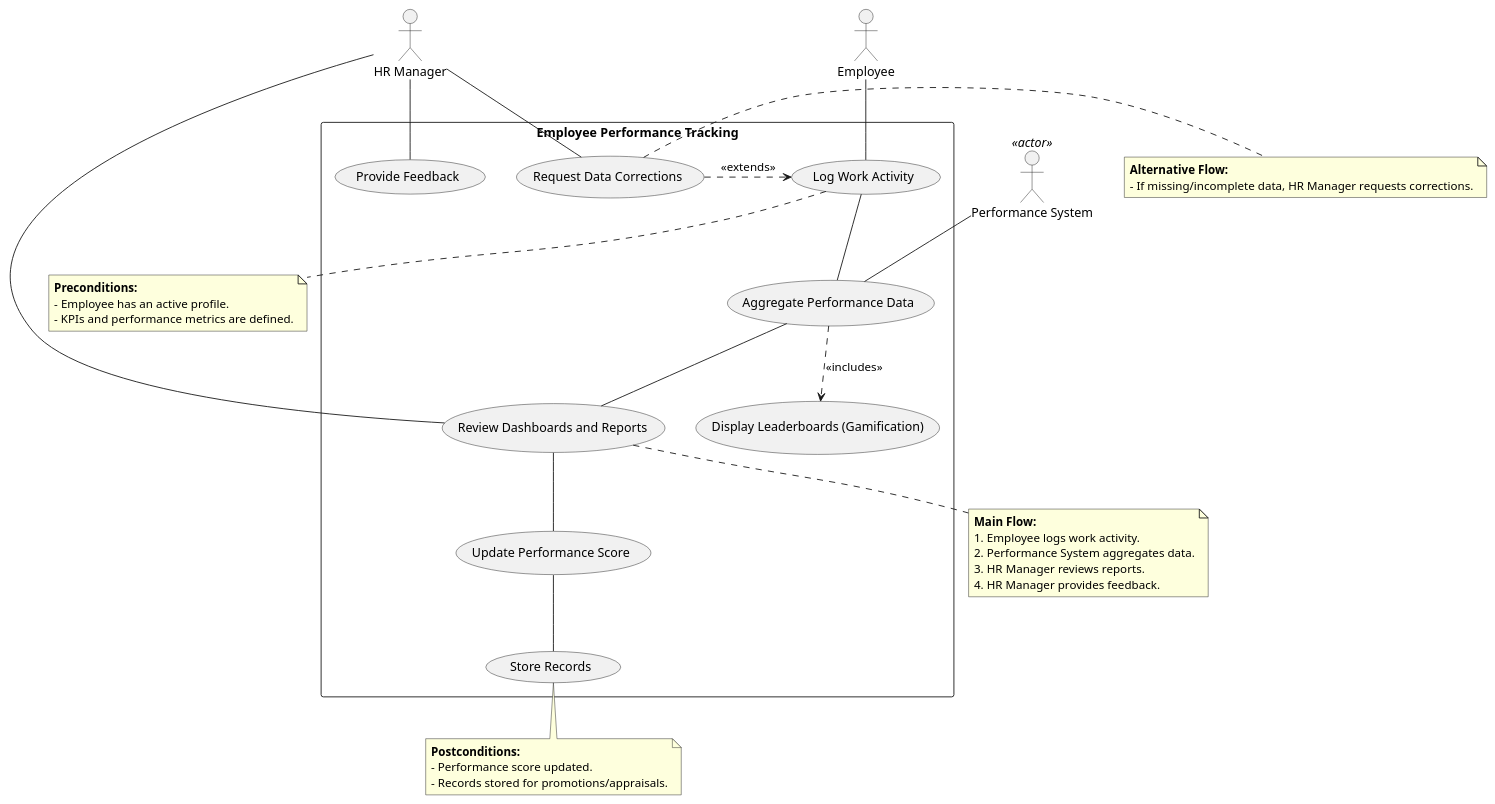
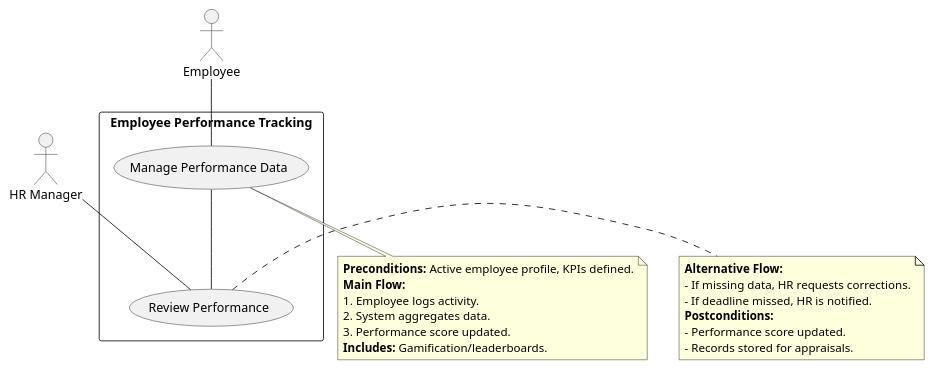
One commit to shreyas457/SE_G25 changed the diagram in proj1/code/uc19_b1_employee_performance_tracking.puml. Above: the diagram before and after it, drawn with PlantUML.

```diff
--- a/proj1/code/uc19_b1_employee_performance_tracking.puml
+++ b/proj1/code/uc19_b1_employee_performance_tracking.puml
@@ -1,62 +1,33 @@
 @startuml
-' Remove "left to right direction" to use the default top-to-bottom layout
+' Use the default top-to-bottom layout
 
 actor "Employee" as Employee
 actor "HR Manager" as HRManager
-actor "Performance System" as System <<actor>>
 
 rectangle "Employee Performance Tracking" {
-    usecase "Log Work Activity" as UC_LogActivity
-    usecase "Aggregate Performance Data" as UC_Aggregate
-    usecase "Display Leaderboards (Gamification)" as UC_Leaderboards
-    usecase "Review Dashboards and Reports" as UC_Review
-    usecase "Provide Feedback" as UC_Feedback
-    usecase "Update Performance Score" as UC_UpdateScore
-    usecase "Store Records" as UC_StoreRecords
-    usecase "Request Data Corrections" as UC_CorrectData
+    usecase "Manage Performance Data" as UC_ManageData
+    usecase "Review Performance" as UC_Review
 }
 
-' Use double dashes (--) for vertical associations '
-Employee -- UC_LogActivity
+Employee -- UC_ManageData
 HRManager -- UC_Review
-HRManager -- UC_Feedback
-HRManager -- UC_CorrectData
-System -- UC_Aggregate
+UC_ManageData -- UC_Review
 
-' Use double dashes (--) for vertical flow '
-UC_LogActivity -- UC_Aggregate
-UC_Aggregate -- UC_Review
-UC_Review -- UC_UpdateScore
-UC_UpdateScore -- UC_StoreRecords
-
-' Includes and Extends should also be vertical '
-UC_Aggregate ..> UC_Leaderboards : <<includes>>
-UC_CorrectData .> UC_LogActivity : <<extends>>
-
-' Use the `top`, `right`, `bottom`, `left` keywords for note positioning '
-note bottom of UC_LogActivity
-**Preconditions:**
-- Employee has an active profile.
-- KPIs and performance metrics are defined.
+note bottom of UC_ManageData
+**Preconditions:** Active employee profile, KPIs defined.
+**Main Flow:**
+1. Employee logs activity.
+2. System aggregates data.
+3. Performance score updated.
+**Includes:** Gamification/leaderboards.
 end note
 
-note bottom of UC_Review
-**Main Flow:**
-1. Employee logs work activity.
-2. Performance System aggregates data.
-3. HR Manager reviews reports.
-4. HR Manager provides feedback.
-end note
-
-note right of UC_CorrectData
+note right of UC_Review
 **Alternative Flow:**
-- If missing/incomplete data, HR Manager requests corrections.
-end note
-
-note bottom of UC_StoreRecords
+- If missing data, HR requests corrections.
+- If deadline missed, HR is notified.
 **Postconditions:**
 - Performance score updated.
-- Records stored for promotions/appraisals.
+- Records stored for appraisals.
 end note
-
 @enduml
```
